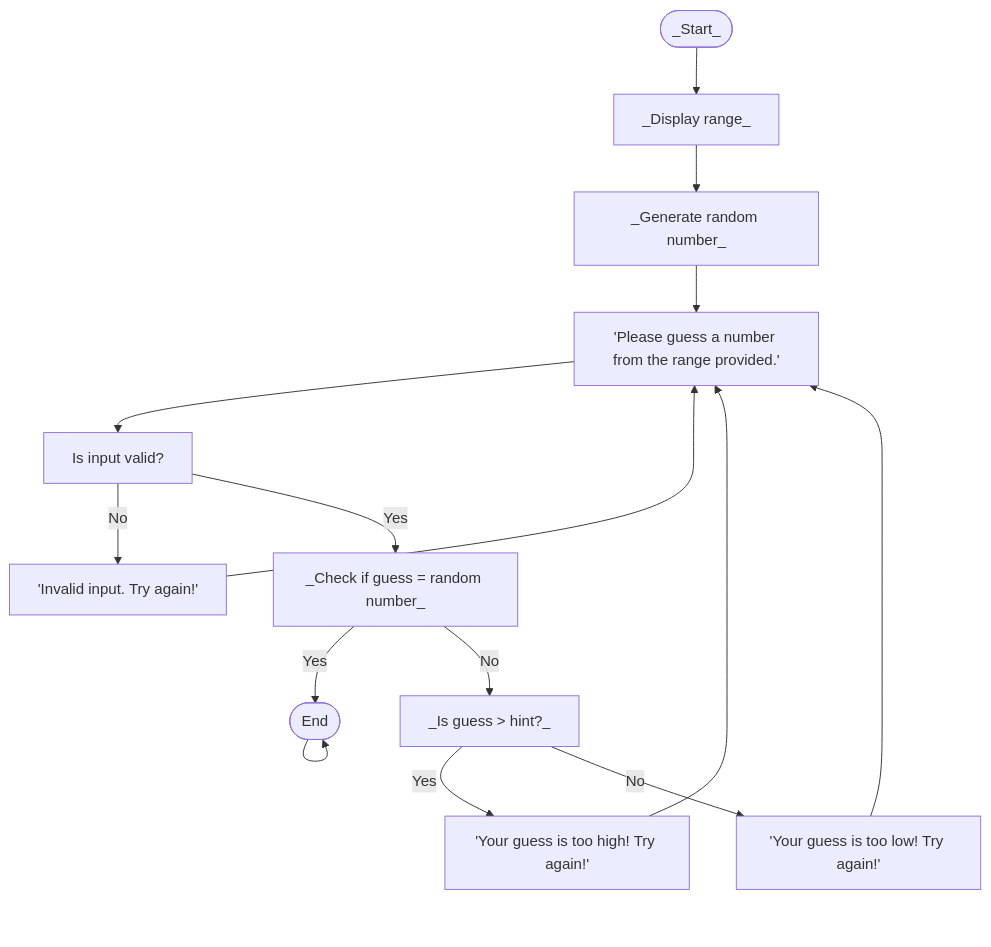
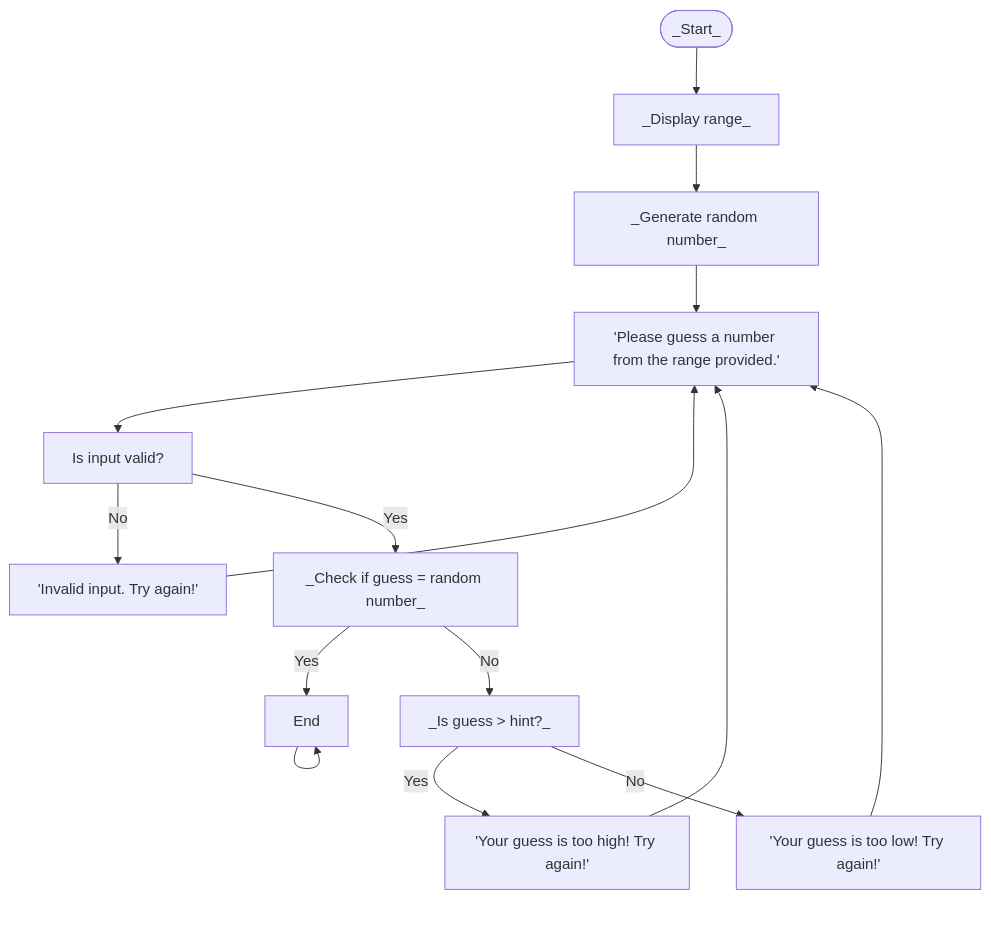
The diagram in Guessing.md (rfk-waketech/rfk-waketech.github.io), drawn with Mermaid before and after one commit.

````diff
--- a/Guessing.md
+++ b/Guessing.md
@@ -1,13 +1,13 @@
 ```mermaid
 flowchart TD
 Start([_Start_]) --> Range[_Display range_]
 Range --> Rand[_Generate random number_]
 Rand --> Input['Please guess a number from the range provided.']
 Input --> Valid[Is input valid?]
 Valid --> |No| Error['Invalid input. Try again!'] --> Input
 Valid --> |Yes| Check[_Check if guess = random number_]
-Check --> |Yes| End['You got it right! Congratulations!'] --> End([End])
+Check --> |Yes| End['You got it right! Congratulations!'] --> End[End]
 Check --> |No| Hint[_Is guess > hint?_]
 Hint --> |Yes| High['Your guess is too high! Try again!'] --> Input
 Hint --> |No| Low['Your guess is too low! Try again!'] --> Input
 ```
````
